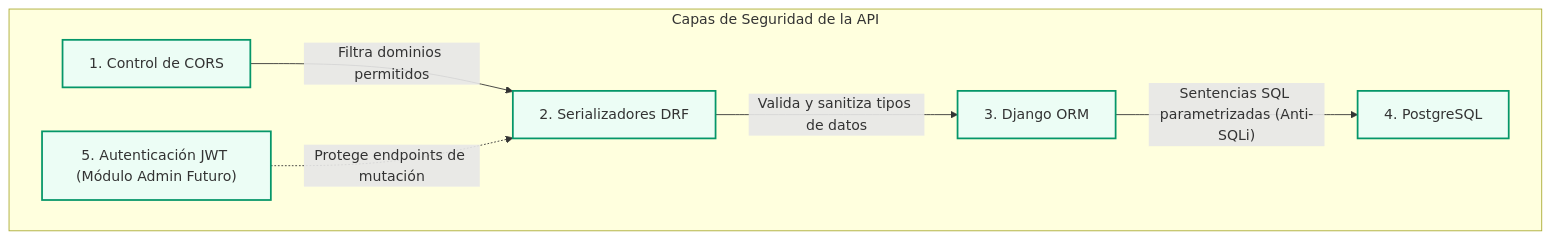
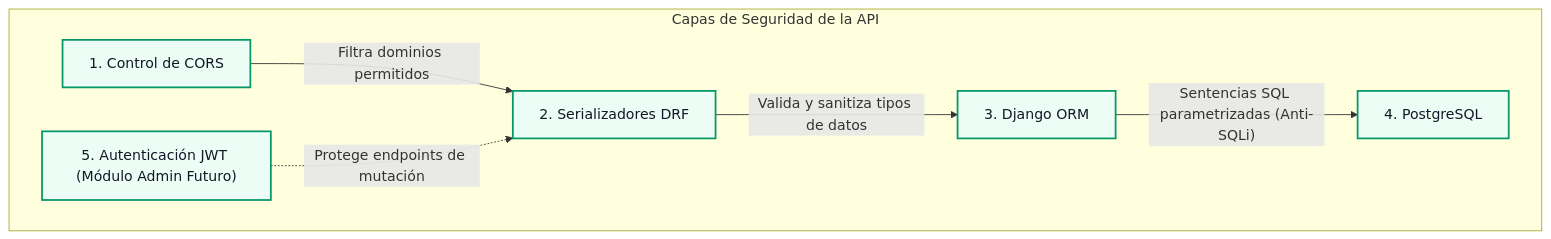
One commit to Darksam03/RuralConecta-ProyectoWeb changed the second of 2 diagrams in docs/api/especificacion-api.md. Above: the diagram before and after it, drawn with Mermaid. The commit also changed other lines of this file and 2 other files, not shown here.

````diff
--- a/docs/api/especificacion-api.md
+++ b/docs/api/especificacion-api.md
@@ -521,12 +521,12 @@
 ```mermaid
 graph TD
     subgraph "Capas de Seguridad de la API"
         S1["1. Control de CORS"] -->|"Filtra dominios permitidos"| S2["2. Serializadores DRF"]
         S2 -->|"Valida y sanitiza tipos de datos"| S3["3. Django ORM"]
         S3 -->|"Sentencias SQL parametrizadas (Anti-SQLi)"| S4["4. PostgreSQL"]
         S5["5. Autenticación JWT (Módulo Admin Futuro)"] -.->|"Protege endpoints de mutación"| S2
     end
 
-    classDef sec fill:#ecfdf5,stroke:#059669,stroke-width:2px;
+    classDef sec fill:#ecfdf5,stroke:#059669,stroke-width:2px,color:#111827;
     class S1,S2,S3,S4,S5 sec;
 ```
````
